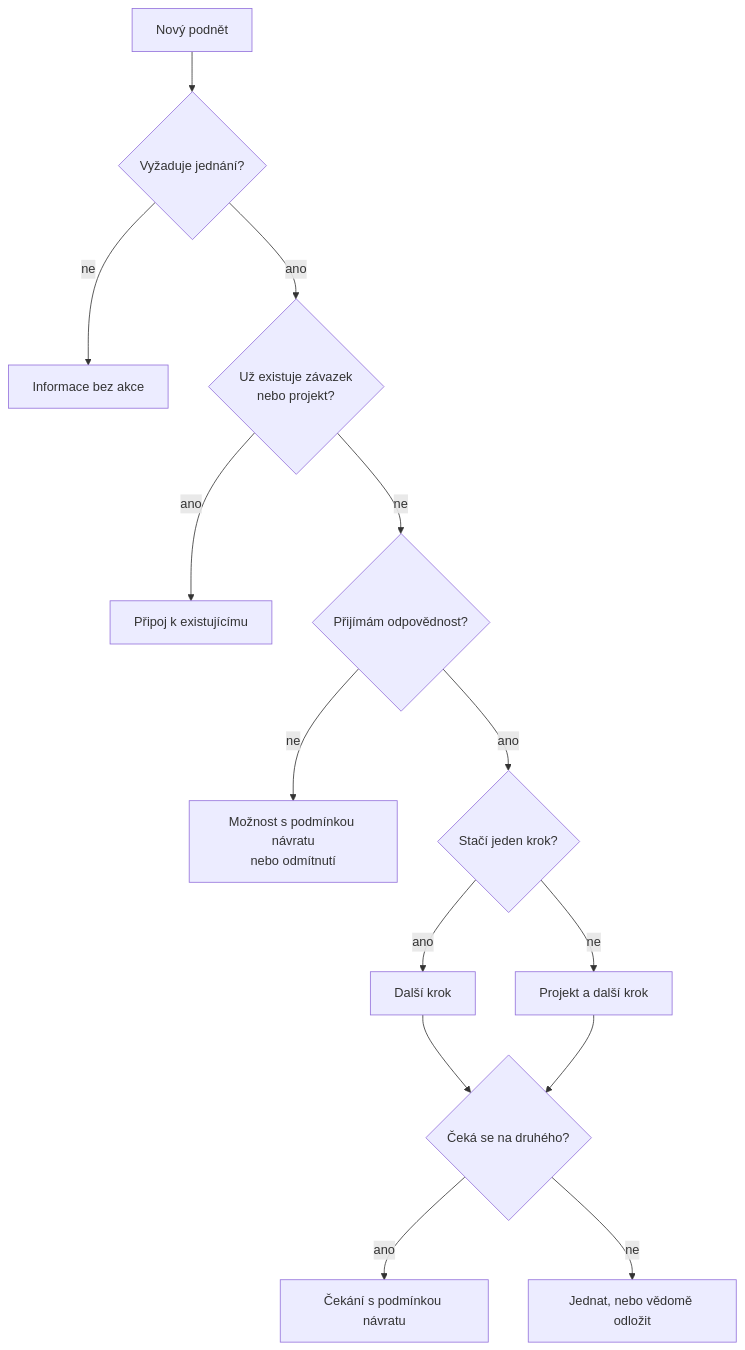
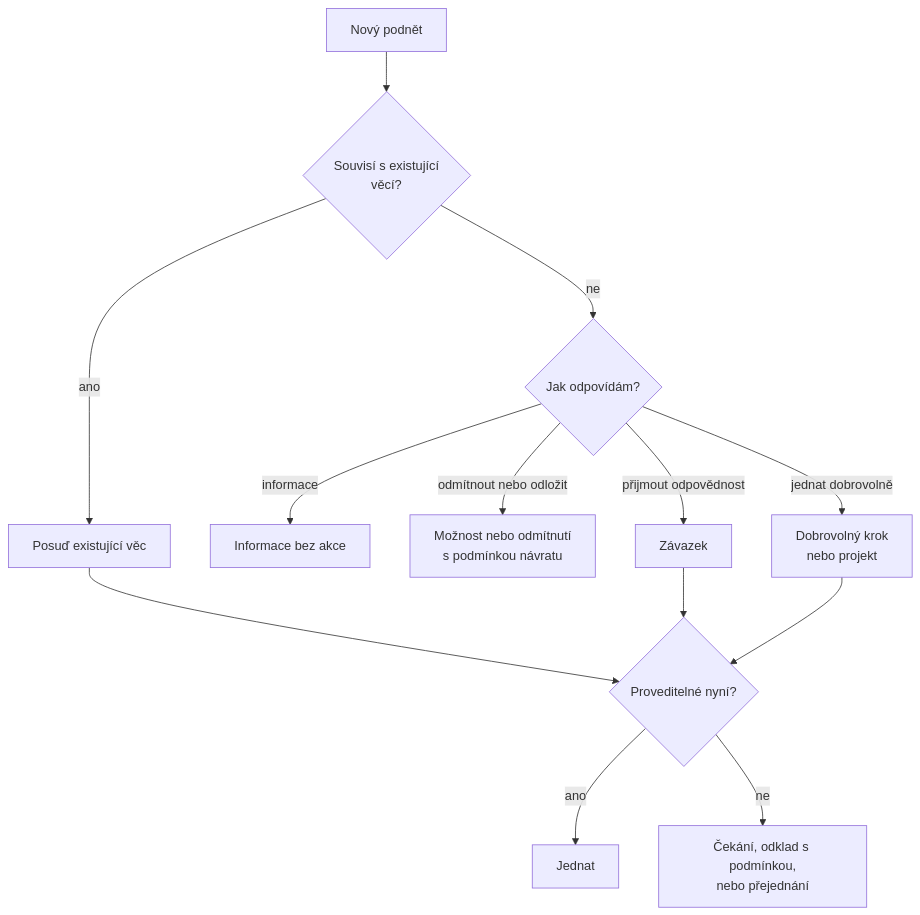
The diagram in docs/how-to/process-input.md (Semtexcz/PLOS), drawn with Mermaid before and after one commit. The commit also changed other lines of this file and 6 other files, not shown here.

````diff
--- a/docs/how-to/process-input.md
+++ b/docs/how-to/process-input.md
@@ -15,16 +15,15 @@
 ```mermaid
 flowchart TD
-    A["Nový podnět"] --> B{"Vyžaduje jednání?"}
-    B -->|"ne"| C["Informace bez akce"]
-    B -->|"ano"| D{"Už existuje závazek<br/>nebo projekt?"}
-    D -->|"ano"| E["Připoj k existujícímu"]
-    D -->|"ne"| F{"Přijímám odpovědnost?"}
-    F -->|"ne"| G["Možnost s podmínkou návratu<br/>nebo odmítnutí"]
-    F -->|"ano"| H{"Stačí jeden krok?"}
-    H -->|"ano"| I["Další krok"]
-    H -->|"ne"| J["Projekt a další krok"]
-    I --> K{"Čeká se na druhého?"}
-    J --> K
-    K -->|"ano"| L["Čekání s podmínkou návratu"]
-    K -->|"ne"| M["Jednat, nebo vědomě odložit"]
+    A["Nový podnět"] --> B{"Souvisí s existující<br/>věcí?"}
+    B -->|"ano"| C["Posuď existující věc"]
+    B -->|"ne"| D{"Jak odpovídám?"}
+    D -->|"informace"| E["Informace bez akce"]
+    D -->|"odmítnout nebo odložit"| F["Možnost nebo odmítnutí<br/>s podmínkou návratu"]
+    D -->|"přijmout odpovědnost"| G["Závazek"]
+    D -->|"jednat dobrovolně"| H["Dobrovolný krok<br/>nebo projekt"]
+    C --> I{"Proveditelné nyní?"}
+    G --> I
+    H --> I
+    I -->|"ano"| J["Jednat"]
+    I -->|"ne"| K["Čekání, odklad s podmínkou,<br/>nebo přejednání"]
 ```
````
